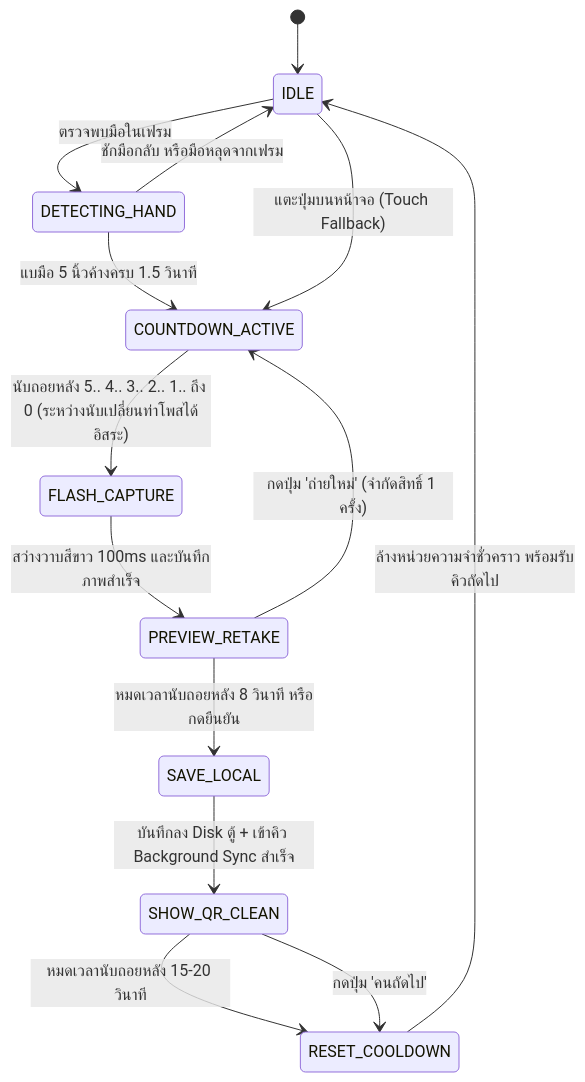
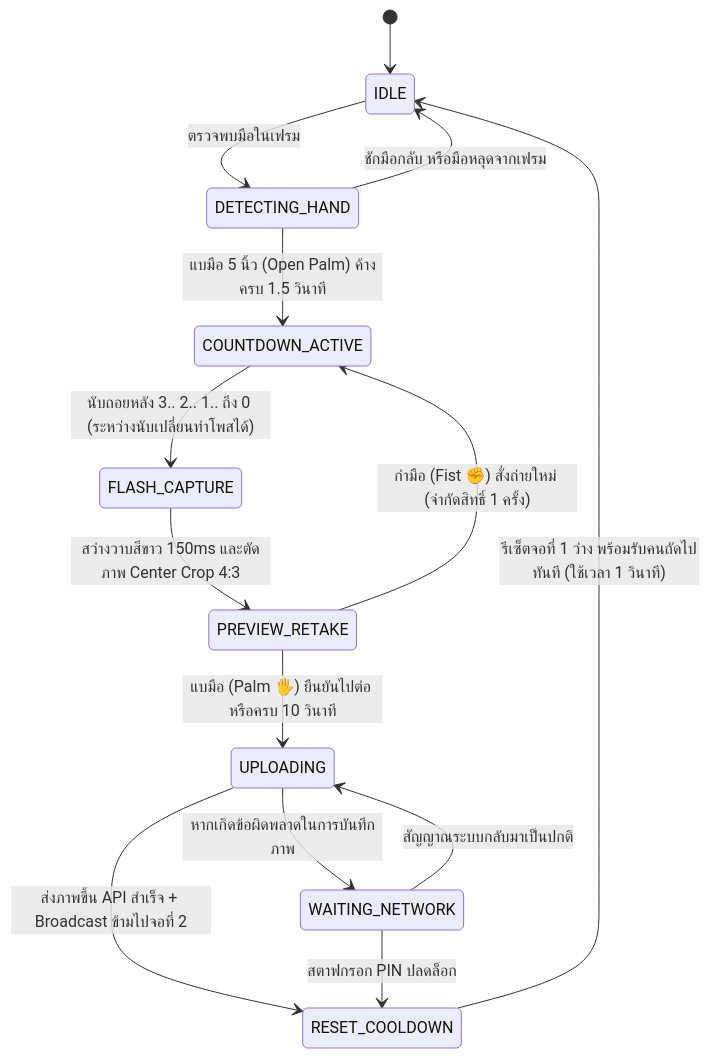
The third of 4 diagrams in docs/task02-architecture/system-architecture-and-technical-design.md (icelandz9/swu-openhouse), drawn with Mermaid before and after one commit. The commit also changed other lines of this file and 13 other files, not shown here.

````diff
--- a/docs/task02-architecture/system-architecture-and-technical-design.md
+++ b/docs/task02-architecture/system-architecture-and-technical-design.md
@@ -111,23 +133,23 @@
 ```mermaid
 stateDiagram-v2
     [*] --> IDLE
 
     IDLE --> DETECTING_HAND: ตรวจพบมือในเฟรม
     DETECTING_HAND --> IDLE: ชักมือกลับ หรือมือหลุดจากเฟรม
-    DETECTING_HAND --> COUNTDOWN_ACTIVE: แบมือ 5 นิ้วค้างครบ 1.5 วินาที
-    IDLE --> COUNTDOWN_ACTIVE: แตะปุ่มบนหน้าจอ (Touch Fallback)
+    DETECTING_HAND --> COUNTDOWN_ACTIVE: แบมือ 5 นิ้ว (Open Palm) ค้างครบ 1.5 วินาที
 
-    COUNTDOWN_ACTIVE --> FLASH_CAPTURE: นับถอยหลัง 5.. 4.. 3.. 2.. 1.. ถึง 0 (ระหว่างนับเปลี่ยนท่าโพสได้อิสระ)
+    COUNTDOWN_ACTIVE --> FLASH_CAPTURE: นับถอยหลัง 3.. 2.. 1.. ถึง 0 (ระหว่างนับเปลี่ยนท่าโพสได้)
 
-    FLASH_CAPTURE --> PREVIEW_RETAKE: สว่างวาบสีขาว 100ms และบันทึกภาพสำเร็จ
+    FLASH_CAPTURE --> PREVIEW_RETAKE: สว่างวาบสีขาว 150ms และตัดภาพ Center Crop 4:3
 
-    PREVIEW_RETAKE --> COUNTDOWN_ACTIVE: กดปุ่ม 'ถ่ายใหม่' (จำกัดสิทธิ์ 1 ครั้ง)
-    PREVIEW_RETAKE --> SAVE_LOCAL: หมดเวลานับถอยหลัง 8 วินาที หรือกดยืนยัน
+    PREVIEW_RETAKE --> COUNTDOWN_ACTIVE: กำมือ (Fist ✊) สั่งถ่ายใหม่ (จำกัดสิทธิ์ 1 ครั้ง)
+    PREVIEW_RETAKE --> UPLOADING: แบมือ (Palm 🖐️) ยืนยันไปต่อ หรือครบ 10 วินาที
 
-    SAVE_LOCAL --> SHOW_QR_CLEAN: บันทึกลง Disk ตู้ + เข้าคิว Background Sync สำเร็จ
+    UPLOADING --> RESET_COOLDOWN: ส่งภาพขึ้น API สำเร็จ + Broadcast ข้ามไปจอที่ 2
+    UPLOADING --> WAITING_NETWORK: หากเกิดข้อผิดพลาดในการบันทึกภาพ
 
-    SHOW_QR_CLEAN --> RESET_COOLDOWN: หมดเวลานับถอยหลัง 15-20 วินาที
-    SHOW_QR_CLEAN --> RESET_COOLDOWN: กดปุ่ม 'คนถัดไป'
+    WAITING_NETWORK --> UPLOADING: สัญญาณระบบกลับมาเป็นปกติ
+    WAITING_NETWORK --> RESET_COOLDOWN: สตาฟกรอก PIN ปลดล็อก
 
-    RESET_COOLDOWN --> IDLE: ล้างหน่วยความจำชั่วคราว พร้อมรับคิวถัดไป
+    RESET_COOLDOWN --> IDLE: รีเซ็ตจอที่ 1 ว่าง พร้อมรับคนถัดไปทันที (ใช้เวลา 1 วินาที)
 ```
````
